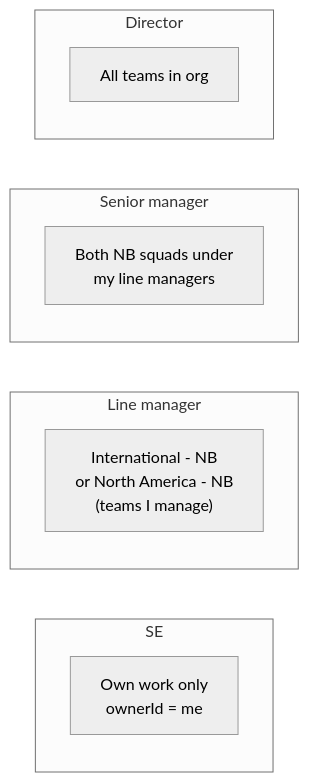
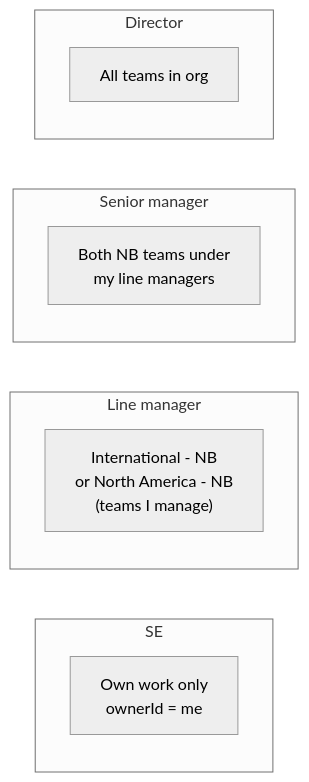
One commit to antonyanbu25/lionpath_V2 changed the second of 2 diagrams in docs/ORG_HIERARCHY_VISUAL.md. Above: the diagram before and after it, drawn with Mermaid (neutral theme). The commit also changed other lines of this file and 84 other files, not shown here.

````diff
--- a/docs/ORG_HIERARCHY_VISUAL.md
+++ b/docs/ORG_HIERARCHY_VISUAL.md
@@ -38,15 +38,15 @@
 ```mermaid
 flowchart LR
   subgraph se["SE"]
     A["Own work only<br/>ownerId = me"]
   end
   subgraph line["Line manager"]
     B["International - NB<br/>or North America - NB<br/>(teams I manage)"]
   end
   subgraph senior["Senior manager"]
-    C["Both NB squads under<br/>my line managers"]
+    C["Both NB teams under<br/>my line managers"]
   end
   subgraph dir["Director"]
     D["All teams in org"]
   end
 ```
````
